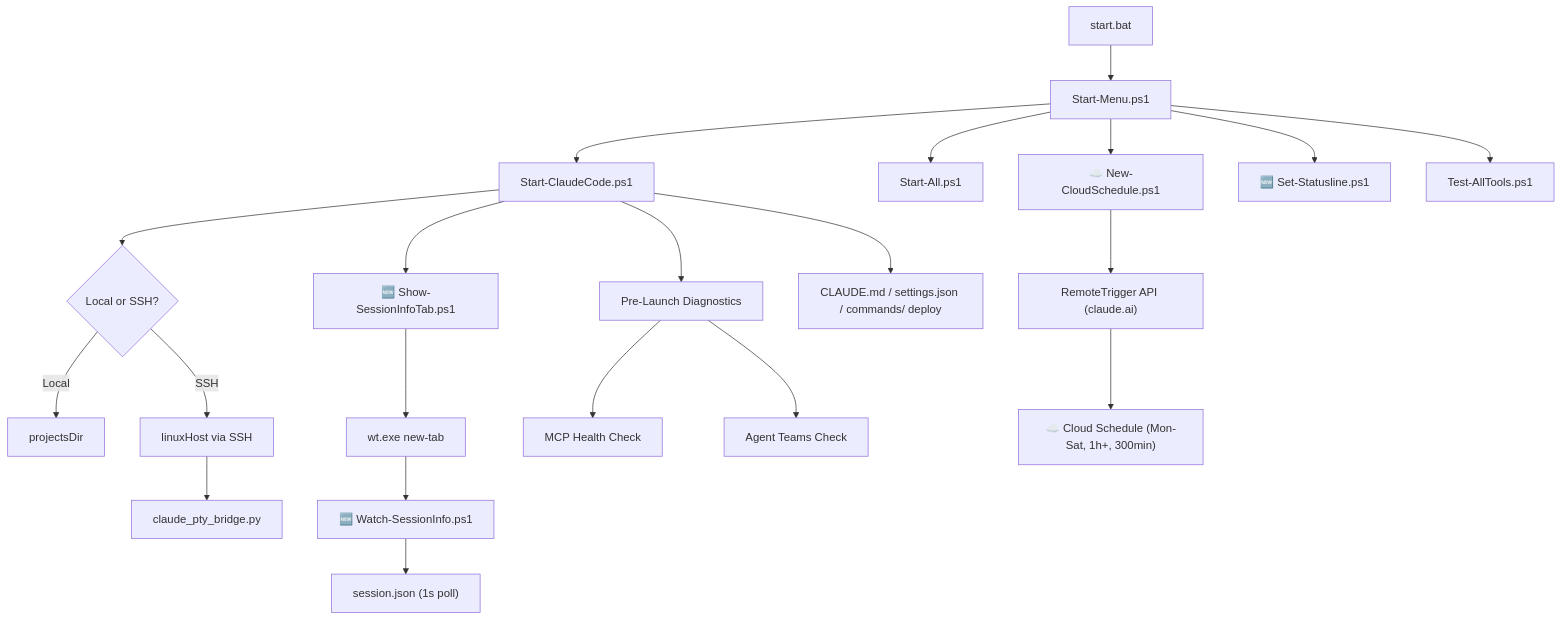
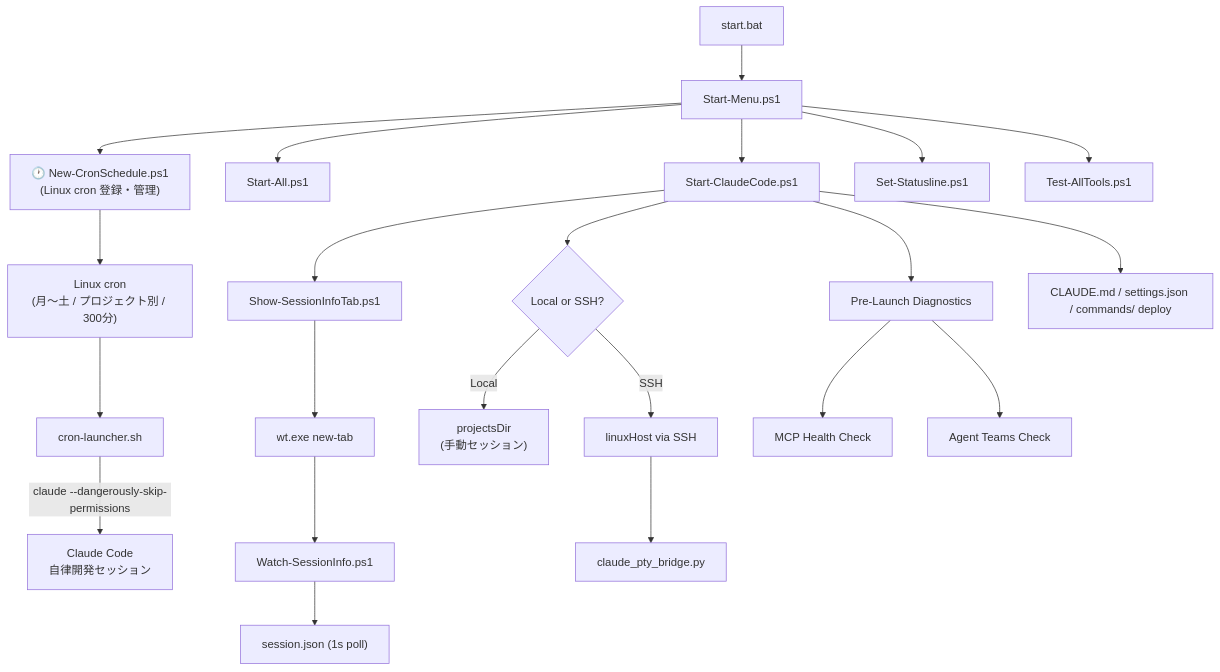
Before and after one commit to Kensan196948G/ClaudeCLI-CodexCLI-CopilotCLI-StartUpTools-New: the first of 5 diagrams in README.md, drawn with Mermaid. The commit also changed other lines of this file and 4 other files, not shown here.

````diff
--- a/README.md
+++ b/README.md
@@ -108,28 +108,29 @@
 ```mermaid
 graph TD
     A["start.bat"] --> B["Start-Menu.ps1"]
     B --> C["Start-ClaudeCode.ps1"]
     B --> F["Start-All.ps1"]
-    B --> NCS["☁️ New-CloudSchedule.ps1"]
-    B --> SSL["🆕 Set-Statusline.ps1"]
+    B --> NCS["🕐 New-CronSchedule.ps1\n(Linux cron 登録・管理)"]
+    B --> SSL["Set-Statusline.ps1"]
     B --> G["Test-AllTools.ps1"]
 
+    CRON["Linux cron\n(月〜土 / プロジェクト別 / 300分)"] --> CL["cron-launcher.sh"]
+    CL --> |"claude --dangerously-skip-permissions"| CLAUDE["Claude Code\n自律開発セッション"]
+    NCS --> CRON
+
     C --> J{"Local or SSH?"}
-    C --> SIT["🆕 Show-SessionInfoTab.ps1"]
+    C --> SIT["Show-SessionInfoTab.ps1"]
     SIT --> WT["wt.exe new-tab"]
-    WT --> WSI["🆕 Watch-SessionInfo.ps1"]
+    WT --> WSI["Watch-SessionInfo.ps1"]
     WSI --> SJ["session.json (1s poll)"]
 
-    J -->|Local| K["projectsDir"]
+    J -->|Local| K["projectsDir\n(手動セッション)"]
     J -->|SSH| L["linuxHost via SSH"]
     L --> M["claude_pty_bridge.py"]
-
-    NCS --> RT["RemoteTrigger API (claude.ai)"]
-    RT --> CS["☁️ Cloud Schedule (Mon-Sat, 1h+, 300min)"]
 
     C --> PLD["Pre-Launch Diagnostics"]
     PLD --> MCP_CHK["MCP Health Check"]
     PLD --> AT_CHK["Agent Teams Check"]
 
     C --> N["CLAUDE.md / settings.json / commands/ deploy"]
 ```
````
